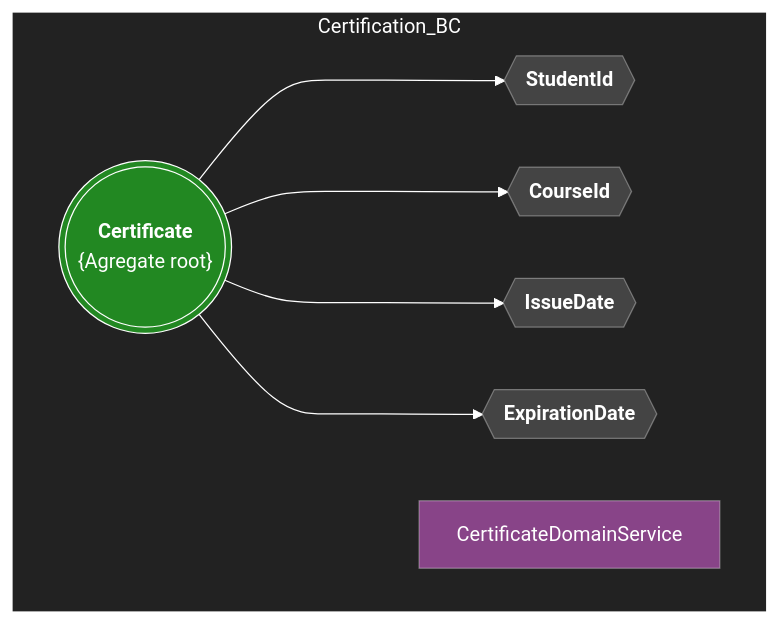
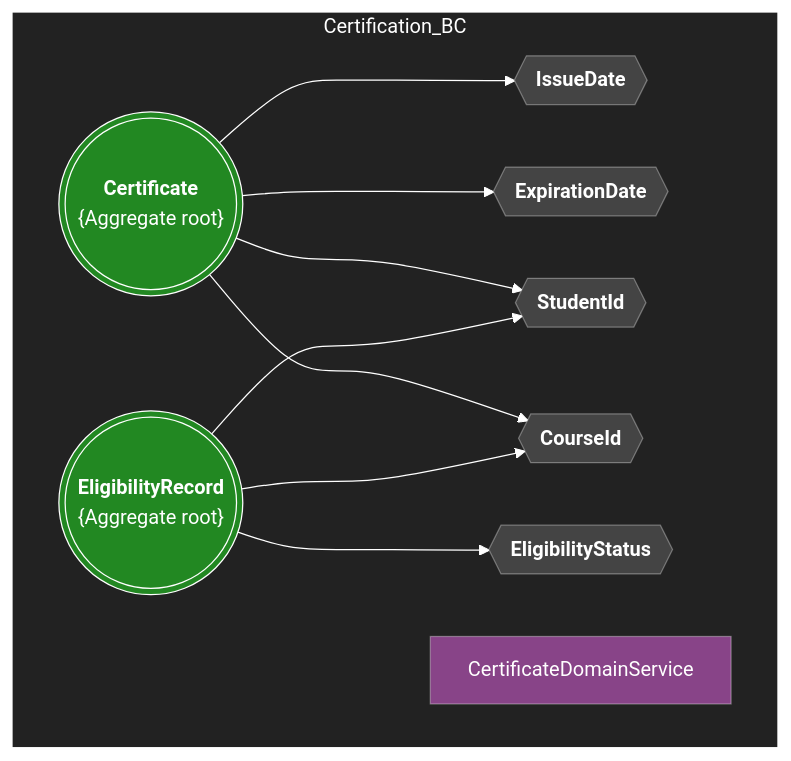
The third of 4 diagrams in Domain/readme.md (litoralcreativo/AkataAcademy), drawn with Mermaid (neutral theme) before and after one commit. The commit also changed other lines of this file and 1 other file, not shown here.

````diff
--- a/Domain/readme.md
+++ b/Domain/readme.md
@@ -105,21 +140,24 @@
 ```mermaid
 flowchart RL
     style Certification_BC fill:#222, color:#FFF, stroke:#FFF
     classDef A fill:#282, stroke:#FFF, color:#FFF
     classDef E fill:#228, stroke:#FFF5, color:#FFF
     classDef V fill:#444, stroke:#FFF5, color:#FFF
     classDef S fill:#848, stroke:#FFF5, color:#FFF
     linkStyle default stroke:#FFF
 
     subgraph Certification_BC
         direction LR
-        CEr@{ shape: dbl-circ, label: "<b>Certificate</b><br>{Agregate root}" }
+        CEr@{ shape: dbl-circ, label: "<b>Certificate</b><br>{Aggregate root}" }
+        ER@{ shape: dbl-circ, label: "<b>EligibilityRecord</b><br>{Aggregate root}" }
         Si@{ shape: hex, label: "<b>StudentId</b>" }
         Ci@{ shape: hex, label: "<b>CourseId</b>" }
         Id@{ shape: hex, label: "<b>IssueDate</b>" }
         Ed@{ shape: hex, label: "<b>ExpirationDate</b>" }
-        CEr:::A ---> Si:::V & Ci:::V & Id:::V & Ed:::V
+        Es@{ shape: hex, label: "<b>EligibilityStatus</b>" }
+        CEr:::A ---> Id:::V & Ed:::V & Si:::V & Ci:::V
+        ER:::A ---> Si:::V & Ci:::V & Es:::V
 
         CertificateDomainService:::S
     end
 ```
````
